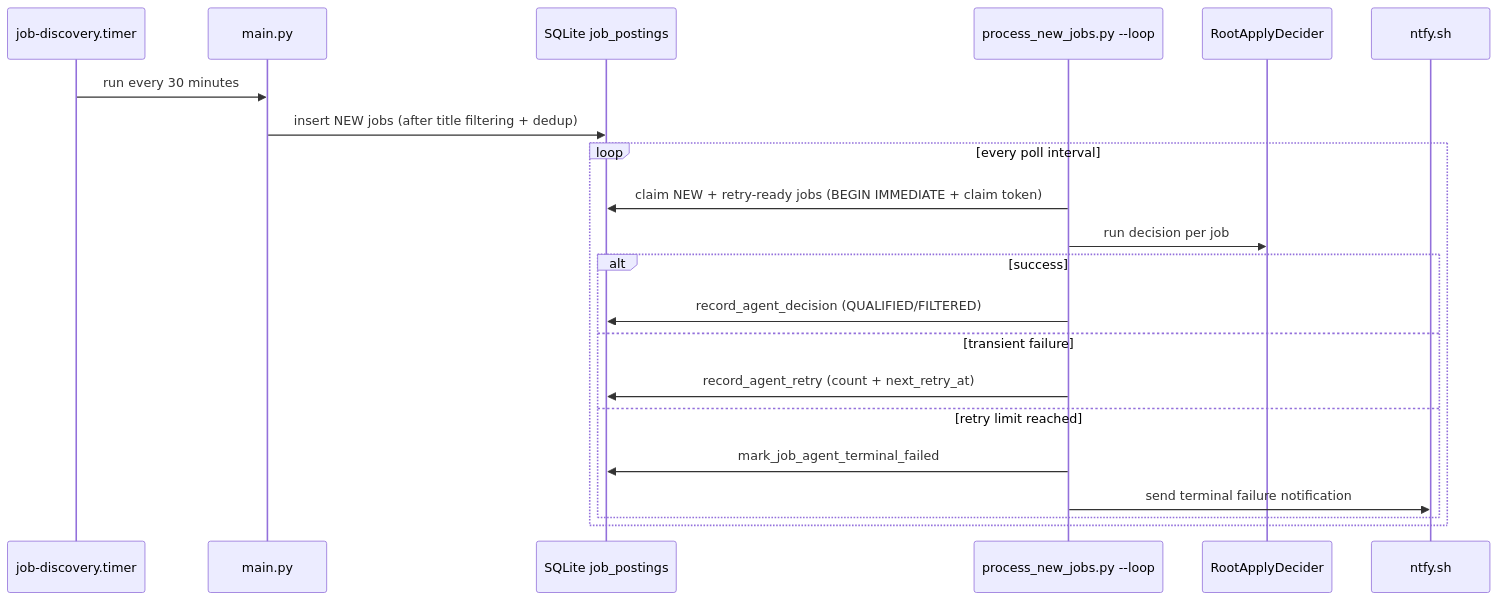
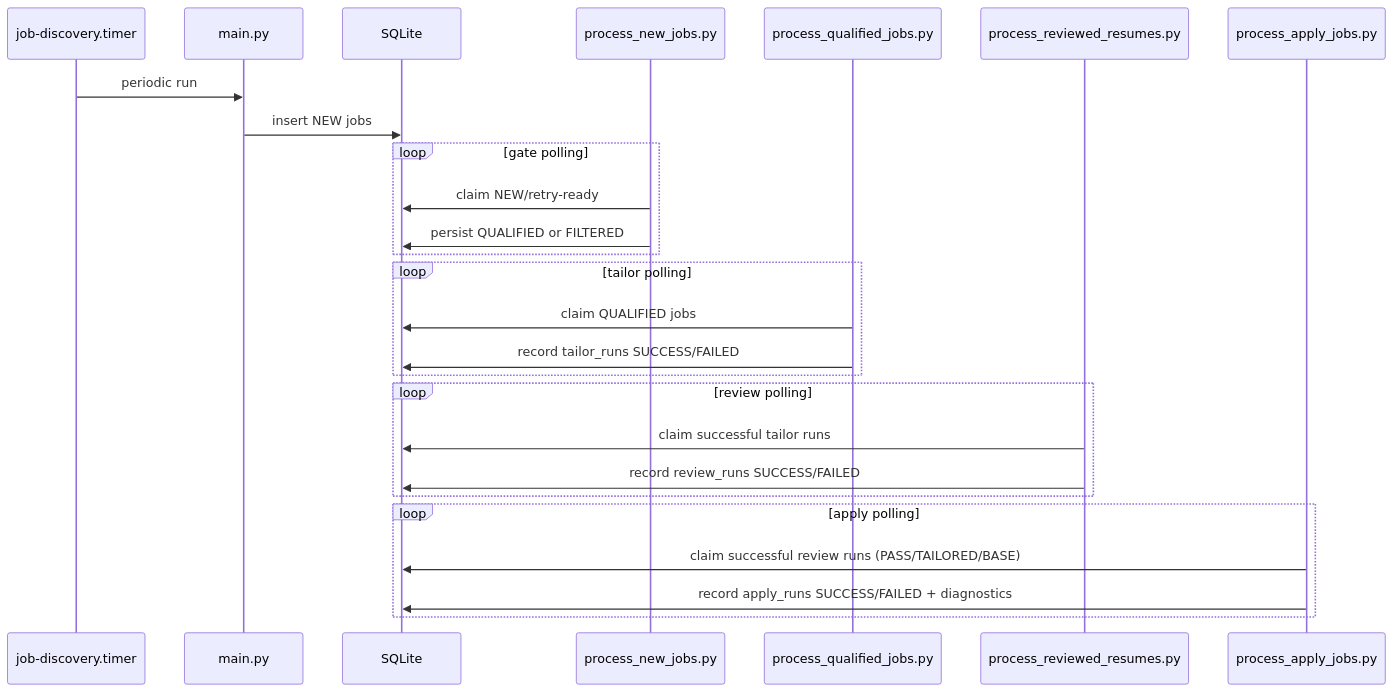
One commit to joeyspagnoli/agentic-job-applier changed the diagram in .aqa/spec/workflows.md. Above: the diagram before and after it, drawn with Mermaid. The commit also changed other lines of this file and 15 other files, not shown here.

Commit message:
Agent can apply

````diff
--- a/.aqa/spec/workflows.md
+++ b/.aqa/spec/workflows.md
@@ -4,24 +4,33 @@
 ```mermaid
 sequenceDiagram
     participant Timer as job-discovery.timer
     participant Discovery as main.py
-    participant DB as SQLite job_postings
-    participant Worker as process_new_jobs.py --loop
-    participant Gate as RootApplyDecider
-    participant Alert as ntfy.sh
+    participant DB as SQLite
+    participant Gate as process_new_jobs.py
+    participant Tailor as process_qualified_jobs.py
+    participant Review as process_reviewed_resumes.py
+    participant Apply as process_apply_jobs.py
 
-    Timer->>Discovery: run every 30 minutes
-    Discovery->>DB: insert NEW jobs (after title filtering + dedup)
-    loop every poll interval
-        Worker->>DB: claim NEW + retry-ready jobs (BEGIN IMMEDIATE + claim token)
-        Worker->>Gate: run decision per job
-        alt success
-            Worker->>DB: record_agent_decision (QUALIFIED/FILTERED)
-        else transient failure
-            Worker->>DB: record_agent_retry (count + next_retry_at)
-        else retry limit reached
-            Worker->>DB: mark_job_agent_terminal_failed
-            Worker->>Alert: send terminal failure notification
-        end
+    Timer->>Discovery: periodic run
+    Discovery->>DB: insert NEW jobs
+
+    loop gate polling
+        Gate->>DB: claim NEW/retry-ready
+        Gate->>DB: persist QUALIFIED or FILTERED
+    end
+
+    loop tailor polling
+        Tailor->>DB: claim QUALIFIED jobs
+        Tailor->>DB: record tailor_runs SUCCESS/FAILED
+    end
+
+    loop review polling
+        Review->>DB: claim successful tailor runs
+        Review->>DB: record review_runs SUCCESS/FAILED
+    end
+
+    loop apply polling
+        Apply->>DB: claim successful review runs (PASS/TAILORED/BASE)
+        Apply->>DB: record apply_runs SUCCESS/FAILED + diagnostics
     end
 ```
````
